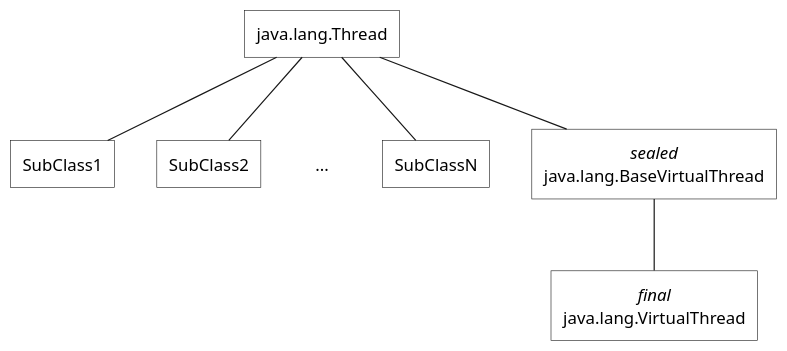
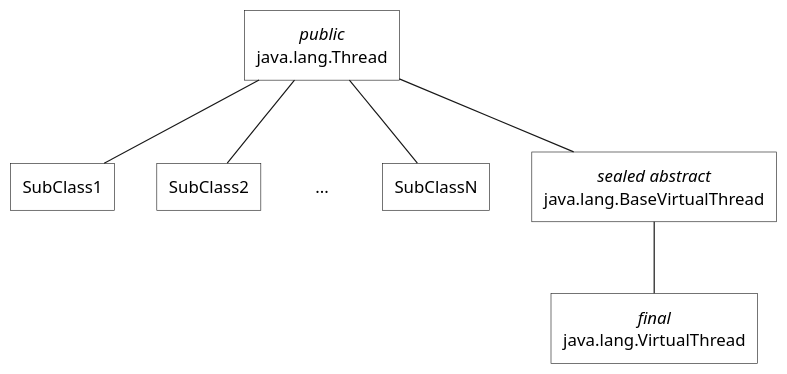
The diagram in images/thread_class_diagram.puml (ti-cortex-m4/demo-java-virtual-threads2), drawn with PlantUML before and after one commit. The commit also changed 1 other file, not shown here.

```diff
--- a/images/thread_class_diagram.puml
+++ b/images/thread_class_diagram.puml
@@ -1,36 +1,36 @@
 @startuml
 
 scale 1.2
 
 <style>
     card {
         LineColor transparent
     }
 }
 </style>
 
 skinparam {
     defaultTextAlignment center
     roundCorner 0
     CardBackgroundColor transparent
     RectangleBackgroundColor transparent
     RectangleFontName Source Sans Pro
     RectangleFontStyle normal
 }
 
-rectangle "java.lang.Thread" as Thread
+rectangle "<i>public</i>\njava.lang.Thread" as Thread
 rectangle SubClass1
 rectangle SubClass2
 card "..." as SubClass3
 rectangle SubClassN
-rectangle "<i>sealed</i>\njava.lang.BaseVirtualThread" as BaseVirtualThread
+rectangle "<i>sealed abstract</i>\njava.lang.BaseVirtualThread" as BaseVirtualThread
 rectangle "<i>final</i>\njava.lang.VirtualThread" as VirtualThread
 
 Thread -down- SubClass1
 Thread -down- SubClass2
 Thread -down[hidden]- SubClass3
 Thread -down- SubClassN
 Thread -down- BaseVirtualThread
 BaseVirtualThread -down- VirtualThread
 
 @enduml
```
